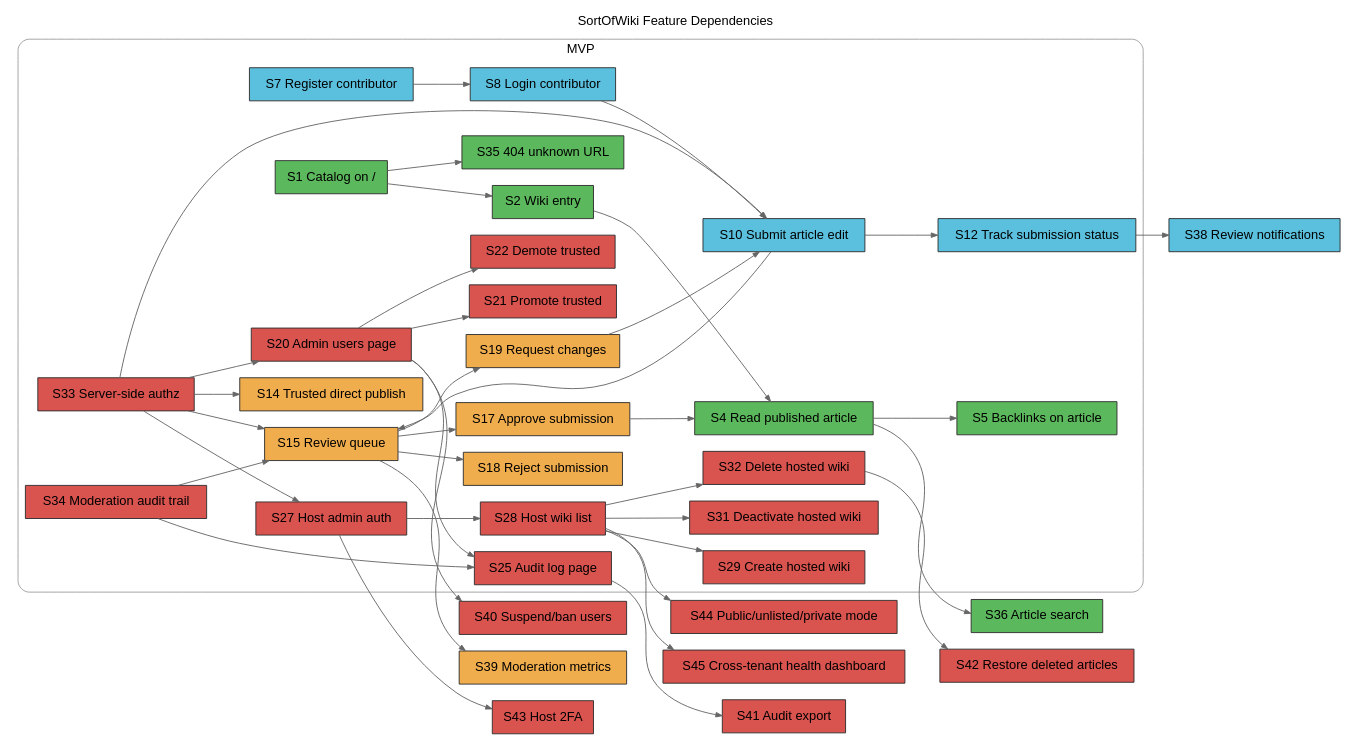
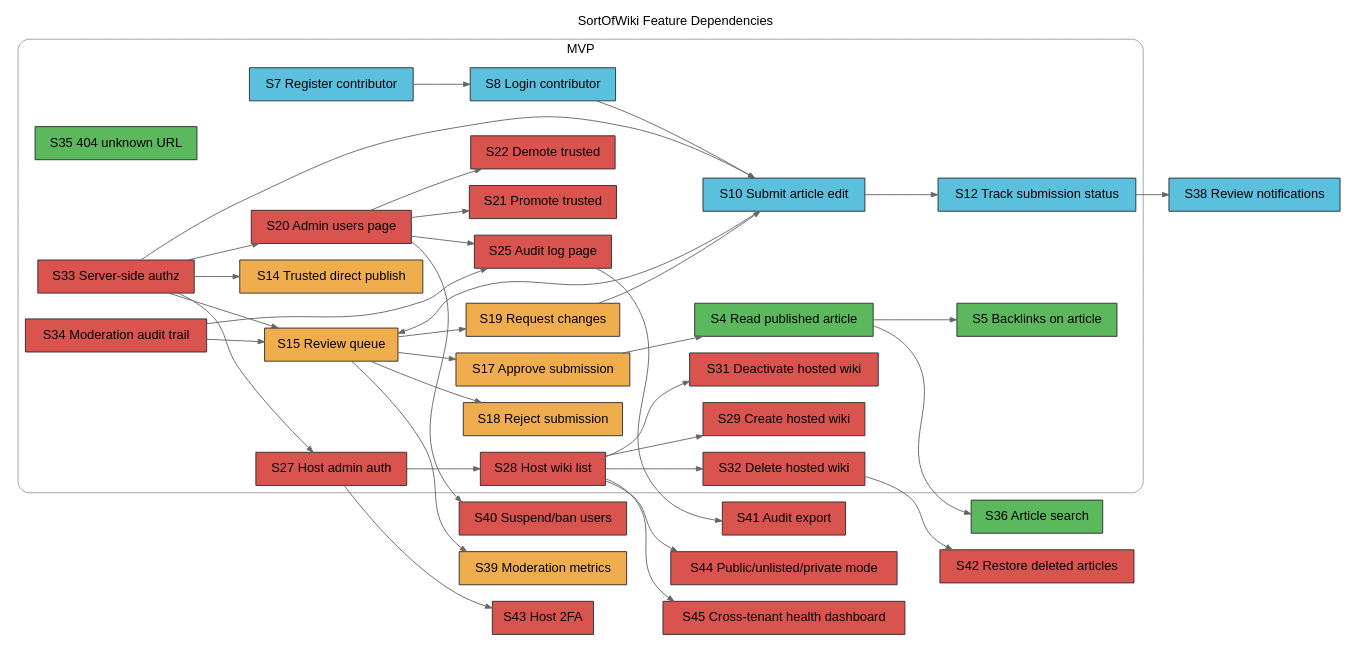
One commit to Janiczek/sortofwiki changed the diagram in spec/user-stories.md. Above: the diagram before and after it, drawn with Graphviz. The commit also changed other lines of this file and 9 other files, not shown here.

```diff
--- a/spec/user-stories.md
+++ b/spec/user-stories.md
@@ -88,9 +88,7 @@
     color="#9e9e9e";
     style="rounded";
 
-    S1 [label="S1 Catalog on /", fillcolor="#5cb85c"];
     S35 [label="S35 404 unknown URL", fillcolor="#5cb85c"];
-    S2 [label="S2 Wiki entry", fillcolor="#5cb85c"];
     S4 [label="S4 Read published article", fillcolor="#5cb85c"];
     S5 [label="S5 Backlinks on article", fillcolor="#5cb85c"];
     S7 [label="S7 Register contributor", fillcolor="#5bc0de"];
@@ -127,9 +125,6 @@
   S45 [label="S45 Cross-tenant health dashboard", fillcolor="#d9534f"];
 
   // Core dependency edges
-  S1 -> S35;
-  S1 -> S2;
-  S2 -> S4;
   S4 -> S5;
 
   S7 -> S8;
```
